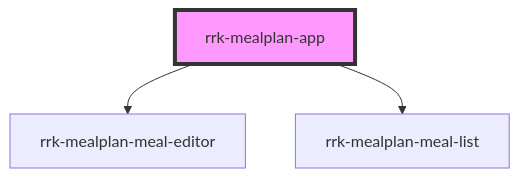
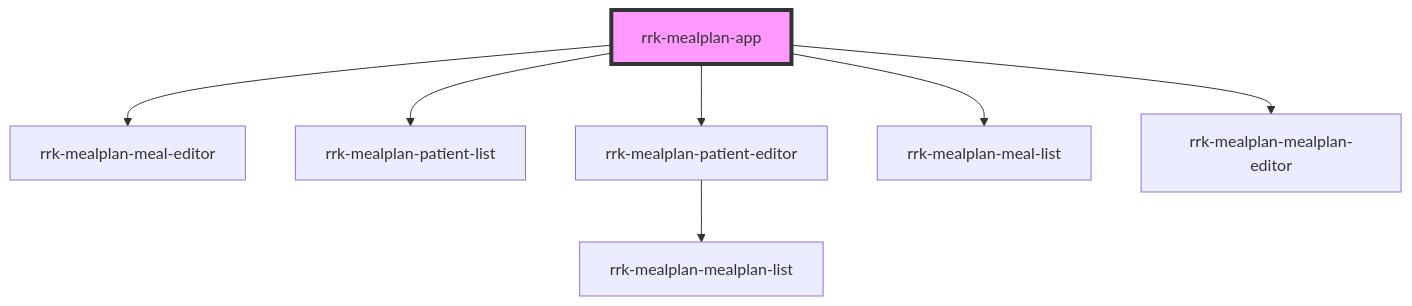
One commit to drepkovsky/mealplan-ufe changed the diagram in src/components/rrk-mealplan-app/readme.md. Above: the diagram before and after it, drawn with Mermaid. The commit also changed other lines of this file and 13 other files, not shown here.

````diff
--- a/src/components/rrk-mealplan-app/readme.md
+++ b/src/components/rrk-mealplan-app/readme.md
@@ -26,6 +27,10 @@
 ```mermaid
 graph TD;
   rrk-mealplan-app --> rrk-mealplan-meal-editor
+  rrk-mealplan-app --> rrk-mealplan-patient-list
+  rrk-mealplan-app --> rrk-mealplan-patient-editor
   rrk-mealplan-app --> rrk-mealplan-meal-list
+  rrk-mealplan-app --> rrk-mealplan-mealplan-editor
+  rrk-mealplan-patient-editor --> rrk-mealplan-mealplan-list
   style rrk-mealplan-app fill:#f9f,stroke:#333,stroke-width:4px
 ```
````
